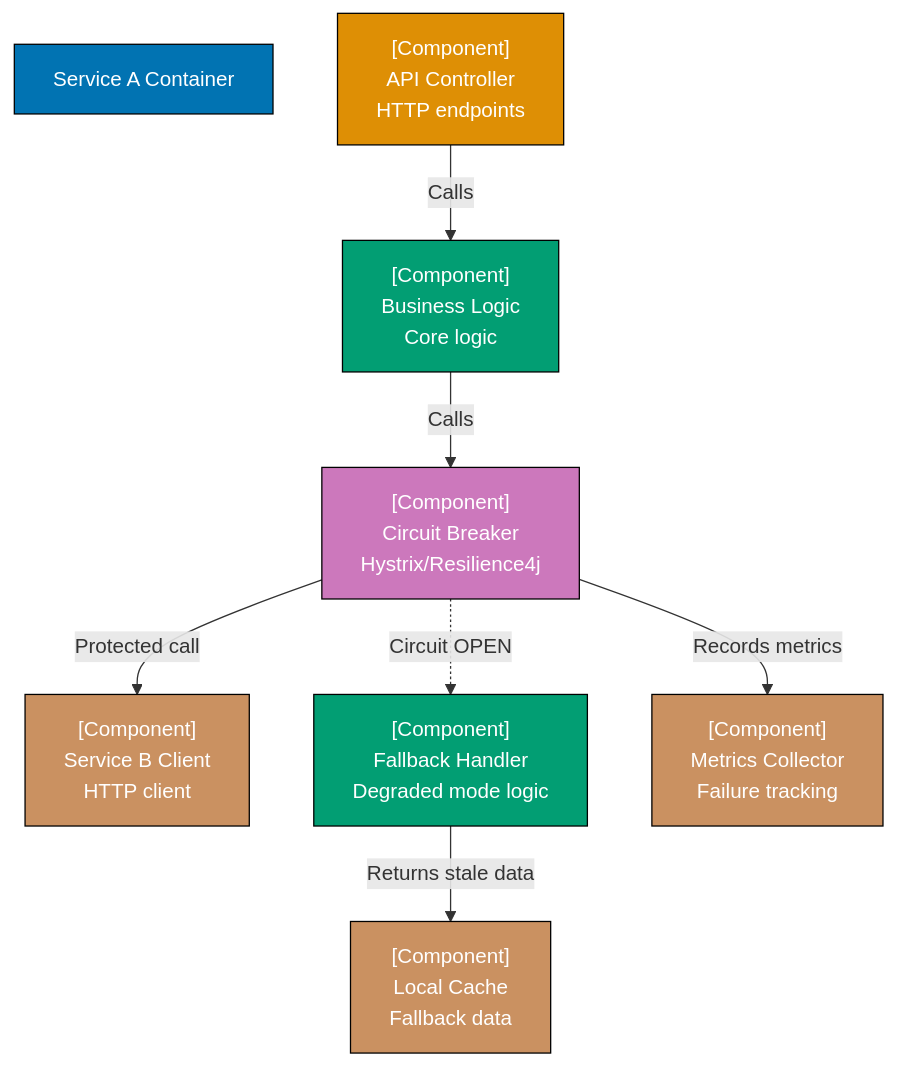
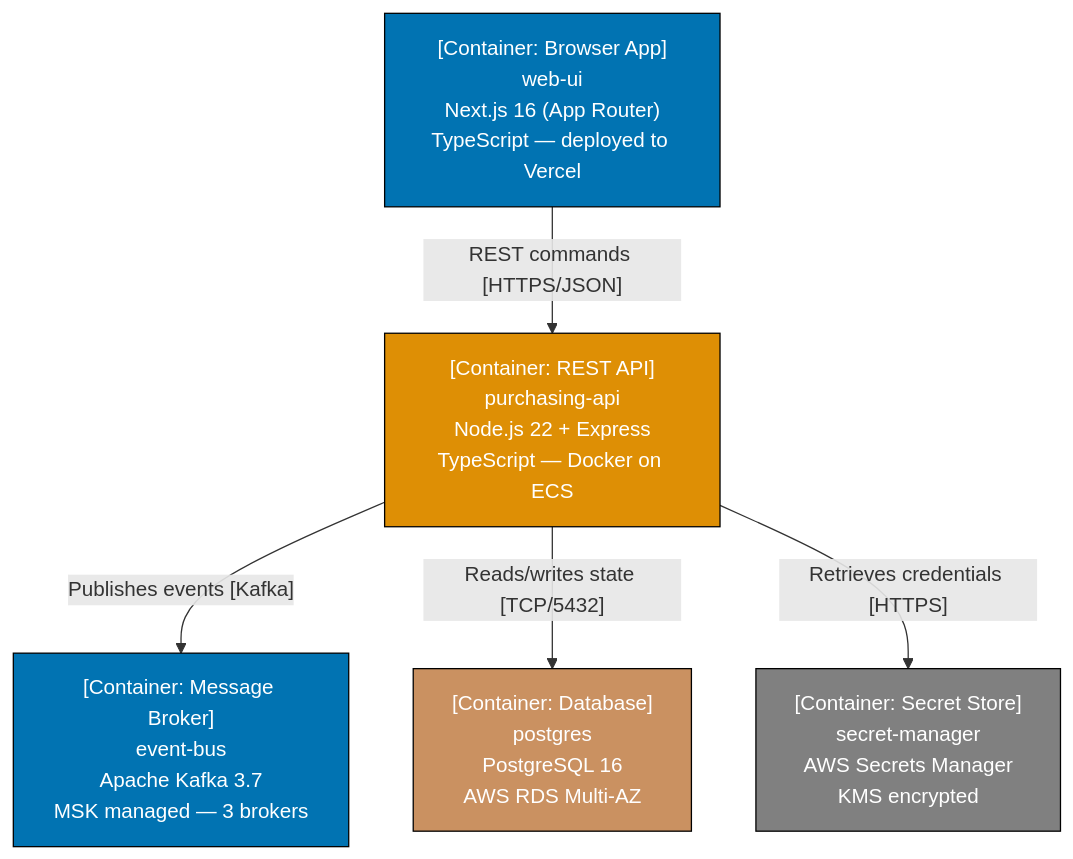
Before and after one commit to wahidyankf/open-sharia-enterprise: the eighth of 30 diagrams in apps/ayokoding-web/content/en/learn/software-engineering/architecture/c4-architecture-model/by-example/intermediate.md, drawn with Mermaid. The commit also changed other lines of this file and 38 other files, not shown here.

First line of the commit message:
docs(ayokoding-web): unify architecture tutorials on shared P2P domain

````diff
--- a/apps/ayokoding-web/content/en/learn/software-engineering/architecture/c4-architecture-model/by-example/intermediate.md
+++ b/apps/ayokoding-web/content/en/learn/software-engineering/architecture/c4-architecture-model/by-example/intermediate.md
@@ -192,33 +306,19 @@
 ```mermaid
 graph TD
-    ServiceA["Service A Container"]
+    WebUI["[Container: Browser App]<br/>web-ui<br/>Next.js 16 (App Router)<br/>TypeScript — deployed to Vercel"]
+    PurchAPI["[Container: REST API]<br/>purchasing-api<br/>Node.js 22 + Express<br/>TypeScript — Docker on ECS"]
+    EventBus["[Container: Message Broker]<br/>event-bus<br/>Apache Kafka 3.7<br/>MSK managed — 3 brokers"]
+    PG["[Container: Database]<br/>postgres<br/>PostgreSQL 16<br/>AWS RDS Multi-AZ"]
+    SecretMgr["[Container: Secret Store]<br/>secret-manager<br/>AWS Secrets Manager<br/>KMS encrypted"]
 
-    APIController["[Component]<br/>API Controller<br/>HTTP endpoints"]
-    BusinessLogic["[Component]<br/>Business Logic<br/>Core logic"]
+    WebUI -->|"REST commands [HTTPS/JSON]"| PurchAPI
+    PurchAPI -->|"Publishes events [Kafka]"| EventBus
+    PurchAPI -->|"Reads/writes state [TCP/5432]"| PG
+    PurchAPI -->|"Retrieves credentials [HTTPS]"| SecretMgr
 
-    CircuitBreaker["[Component]<br/>Circuit Breaker<br/>Hystrix/Resilience4j"]
-    ServiceBClient["[Component]<br/>Service B Client<br/>HTTP client"]
-
-    FallbackHandler["[Component]<br/>Fallback Handler<br/>Degraded mode logic"]
-    Cache["[Component]<br/>Local Cache<br/>Fallback data"]
-
-    MetricsCollector["[Component]<br/>Metrics Collector<br/>Failure tracking"]
-
-    APIController -->|Calls| BusinessLogic
-    BusinessLogic -->|Calls| CircuitBreaker
-    CircuitBreaker -->|"Protected call"| ServiceBClient
-
-    CircuitBreaker -.->|"Circuit OPEN"| FallbackHandler
-    FallbackHandler -->|"Returns stale data"| Cache
-
-    CircuitBreaker -->|"Records metrics"| MetricsCollector
-
-    style ServiceA fill:#0173B2,stroke:#000,color:#fff
-    style APIController fill:#DE8F05,stroke:#000,color:#fff
-    style BusinessLogic fill:#029E73,stroke:#000,color:#fff
-    style CircuitBreaker fill:#CC78BC,stroke:#000,color:#fff
-    style ServiceBClient fill:#CA9161,stroke:#000,color:#fff
-    style FallbackHandler fill:#029E73,stroke:#000,color:#fff
-    style Cache fill:#CA9161,stroke:#000,color:#fff
-    style MetricsCollector fill:#CA9161,stroke:#000,color:#fff
+    style WebUI fill:#0173B2,stroke:#000,color:#fff
+    style PurchAPI fill:#DE8F05,stroke:#000,color:#fff
+    style EventBus fill:#0173B2,stroke:#000,color:#fff
+    style PG fill:#CA9161,stroke:#000,color:#fff
+    style SecretMgr fill:#808080,stroke:#000,color:#fff
 ```
````
